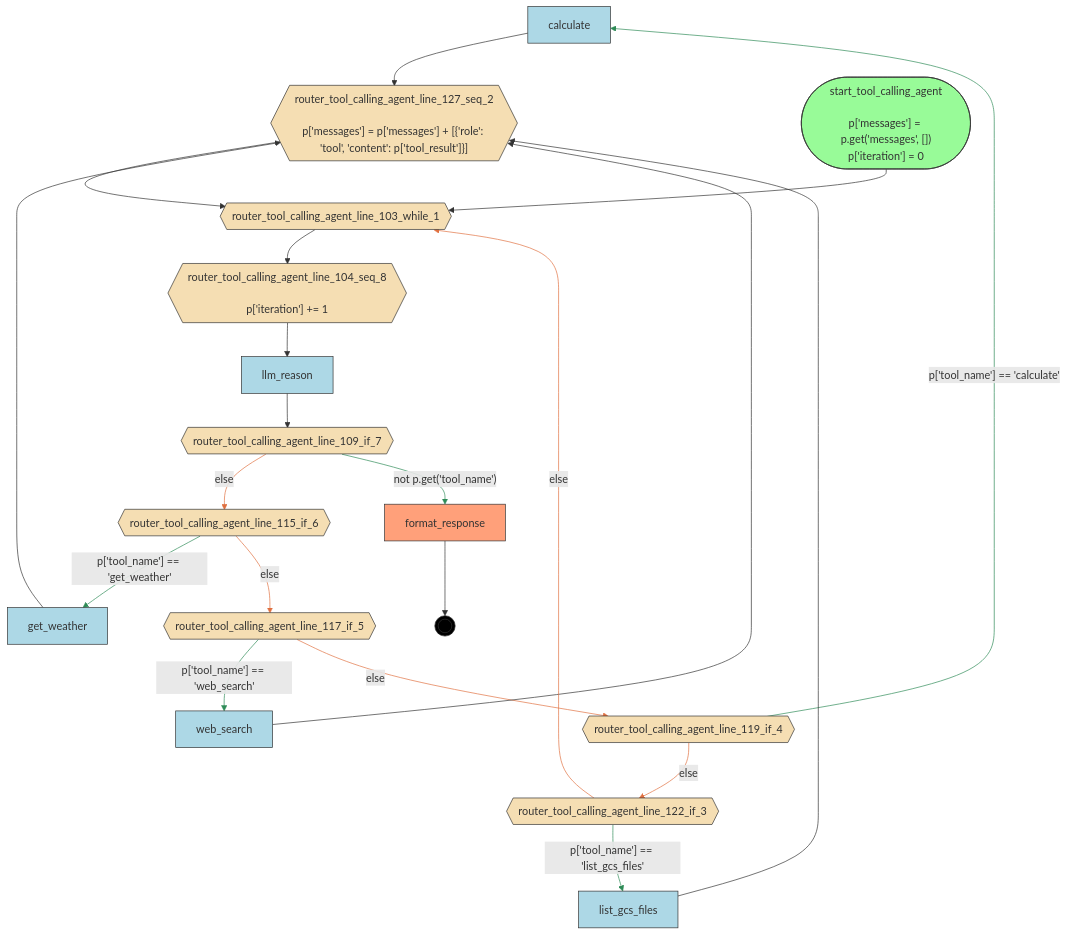
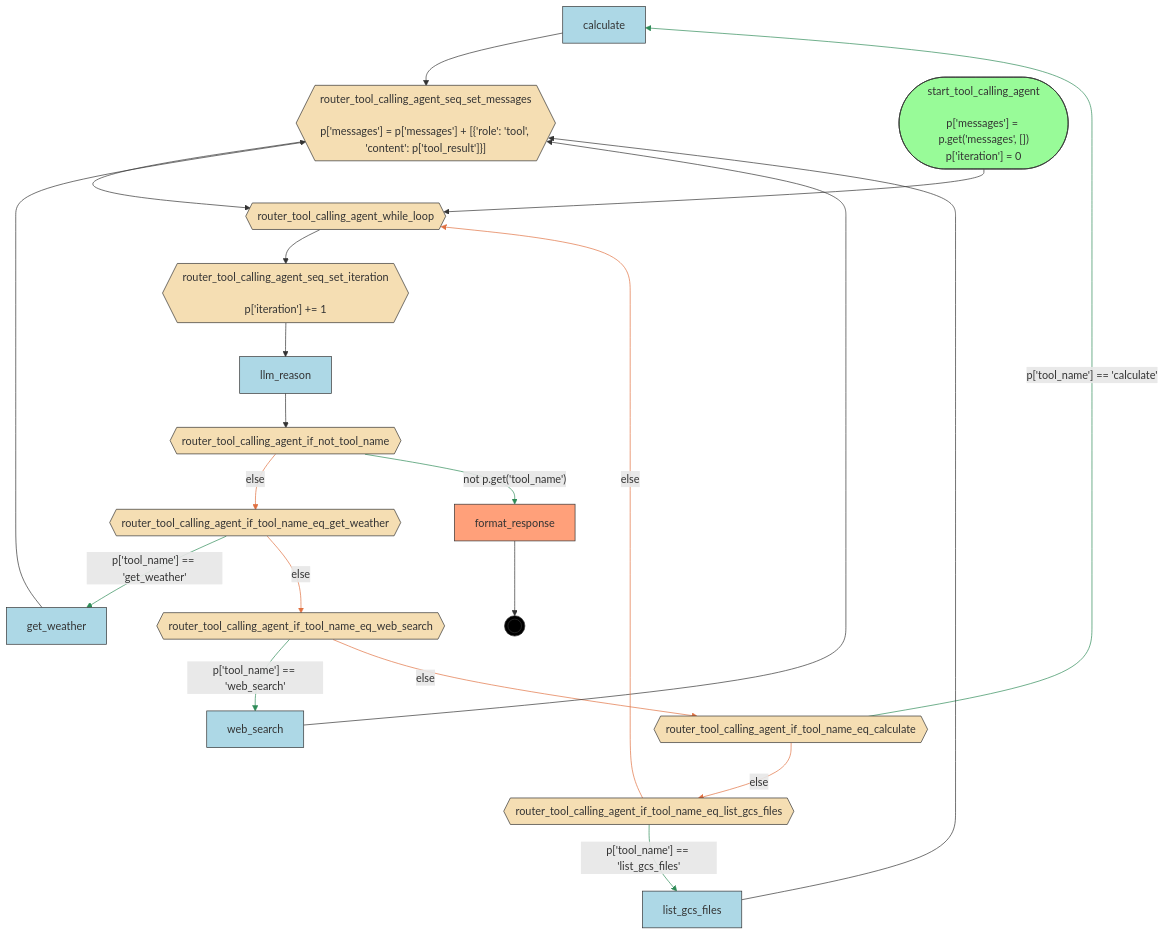
The diagram in examples/flows/agentic/compiled/tool_calling_agent/flow.mmd (deliveryhero/asya), drawn with Mermaid before and after one commit. The commit also changed 24 other files, not shown here.

```diff
--- a/examples/flows/agentic/compiled/tool_calling_agent/flow.mmd
+++ b/examples/flows/agentic/compiled/tool_calling_agent/flow.mmd
@@ -1,53 +1,53 @@
 flowchart TD
     %% Flow: tool_calling_agent
 
     calculate[calculate]
     format_response[format_response]
     get_weather[get_weather]
     list_gcs_files[list_gcs_files]
     llm_reason[llm_reason]
-    router_tool_calling_agent_line_103_while_1{{router_tool_calling_agent_line_103_while_1}}
-    router_tool_calling_agent_line_104_seq_8{{"router_tool_calling_agent_line_104_seq_8<br/><br/>p['iteration'] += 1"}}
-    router_tool_calling_agent_line_109_if_7{{router_tool_calling_agent_line_109_if_7}}
-    router_tool_calling_agent_line_115_if_6{{router_tool_calling_agent_line_115_if_6}}
-    router_tool_calling_agent_line_117_if_5{{router_tool_calling_agent_line_117_if_5}}
-    router_tool_calling_agent_line_119_if_4{{router_tool_calling_agent_line_119_if_4}}
-    router_tool_calling_agent_line_122_if_3{{router_tool_calling_agent_line_122_if_3}}
-    router_tool_calling_agent_line_127_seq_2{{"router_tool_calling_agent_line_127_seq_2<br/><br/>p['messages'] = p['messages'] + [{'role': 'tool', 'content': p['tool_result']}]"}}
+    router_tool_calling_agent_if_not_tool_name{{router_tool_calling_agent_if_not_tool_name}}
+    router_tool_calling_agent_if_tool_name_eq_calculate{{router_tool_calling_agent_if_tool_name_eq_calculate}}
+    router_tool_calling_agent_if_tool_name_eq_get_weather{{router_tool_calling_agent_if_tool_name_eq_get_weather}}
+    router_tool_calling_agent_if_tool_name_eq_list_gcs_files{{router_tool_calling_agent_if_tool_name_eq_list_gcs_files}}
+    router_tool_calling_agent_if_tool_name_eq_web_search{{router_tool_calling_agent_if_tool_name_eq_web_search}}
+    router_tool_calling_agent_seq_set_iteration{{"router_tool_calling_agent_seq_set_iteration<br/><br/>p['iteration'] += 1"}}
+    router_tool_calling_agent_seq_set_messages{{"router_tool_calling_agent_seq_set_messages<br/><br/>p['messages'] = p['messages'] + [{'role': 'tool', 'content': p['tool_result']}]"}}
+    router_tool_calling_agent_while_loop{{router_tool_calling_agent_while_loop}}
     start_tool_calling_agent(["start_tool_calling_agent<br/><br/>p['messages'] = p.get('messages', [])<br/>p['iteration'] = 0"])
     web_search[web_search]
     __end__((( )))
 
-    start_tool_calling_agent --> router_tool_calling_agent_line_103_while_1
-    router_tool_calling_agent_line_122_if_3 -->|"p['tool_name'] == 'list_gcs_files'"| list_gcs_files
-    router_tool_calling_agent_line_119_if_4 -->|"p['tool_name'] == 'calculate'"| calculate
-    router_tool_calling_agent_line_119_if_4 -->|"else"| router_tool_calling_agent_line_122_if_3
-    router_tool_calling_agent_line_117_if_5 -->|"p['tool_name'] == 'web_search'"| web_search
-    router_tool_calling_agent_line_117_if_5 -->|"else"| router_tool_calling_agent_line_119_if_4
-    router_tool_calling_agent_line_115_if_6 -->|"p['tool_name'] == 'get_weather'"| get_weather
-    get_weather --> router_tool_calling_agent_line_127_seq_2
-    router_tool_calling_agent_line_115_if_6 -->|"else"| router_tool_calling_agent_line_117_if_5
-    router_tool_calling_agent_line_109_if_7 -->|"else"| router_tool_calling_agent_line_115_if_6
-    router_tool_calling_agent_line_109_if_7 -->|"not p.get('tool_name')"| format_response
-    router_tool_calling_agent_line_104_seq_8 --> llm_reason
-    llm_reason --> router_tool_calling_agent_line_109_if_7
-    router_tool_calling_agent_line_103_while_1 --> router_tool_calling_agent_line_104_seq_8
-    web_search --> router_tool_calling_agent_line_127_seq_2
-    calculate --> router_tool_calling_agent_line_127_seq_2
-    list_gcs_files --> router_tool_calling_agent_line_127_seq_2
-    router_tool_calling_agent_line_127_seq_2 --> router_tool_calling_agent_line_103_while_1
-    router_tool_calling_agent_line_122_if_3 -->|"else"| router_tool_calling_agent_line_103_while_1
+    start_tool_calling_agent --> router_tool_calling_agent_while_loop
+    router_tool_calling_agent_if_tool_name_eq_list_gcs_files -->|"p['tool_name'] == 'list_gcs_files'"| list_gcs_files
+    router_tool_calling_agent_if_tool_name_eq_calculate -->|"p['tool_name'] == 'calculate'"| calculate
+    router_tool_calling_agent_if_tool_name_eq_calculate -->|"else"| router_tool_calling_agent_if_tool_name_eq_list_gcs_files
+    router_tool_calling_agent_if_tool_name_eq_web_search -->|"p['tool_name'] == 'web_search'"| web_search
+    router_tool_calling_agent_if_tool_name_eq_web_search -->|"else"| router_tool_calling_agent_if_tool_name_eq_calculate
+    router_tool_calling_agent_if_tool_name_eq_get_weather -->|"p['tool_name'] == 'get_weather'"| get_weather
+    get_weather --> router_tool_calling_agent_seq_set_messages
+    router_tool_calling_agent_if_tool_name_eq_get_weather -->|"else"| router_tool_calling_agent_if_tool_name_eq_web_search
+    router_tool_calling_agent_if_not_tool_name -->|"else"| router_tool_calling_agent_if_tool_name_eq_get_weather
+    router_tool_calling_agent_if_not_tool_name -->|"not p.get('tool_name')"| format_response
+    router_tool_calling_agent_seq_set_iteration --> llm_reason
+    llm_reason --> router_tool_calling_agent_if_not_tool_name
+    router_tool_calling_agent_while_loop --> router_tool_calling_agent_seq_set_iteration
+    web_search --> router_tool_calling_agent_seq_set_messages
+    calculate --> router_tool_calling_agent_seq_set_messages
+    list_gcs_files --> router_tool_calling_agent_seq_set_messages
+    router_tool_calling_agent_seq_set_messages --> router_tool_calling_agent_while_loop
+    router_tool_calling_agent_if_tool_name_eq_list_gcs_files -->|"else"| router_tool_calling_agent_while_loop
     format_response --> __end__
 
     classDef start fill:#98FB98,stroke:#333
     classDef endnode fill:#FFA07A,stroke:#333
     classDef router fill:#F5DEB3,stroke:#333
     classDef handler fill:#ADD8E6,stroke:#333
     classDef endpoint fill:#000,stroke:#333,color:#fff
     class start_tool_calling_agent start
     class format_response endnode
-    class router_tool_calling_agent_line_103_while_1,router_tool_calling_agent_line_104_seq_8,router_tool_calling_agent_line_109_if_7,router_tool_calling_agent_line_115_if_6,router_tool_calling_agent_line_117_if_5,router_tool_calling_agent_line_119_if_4,router_tool_calling_agent_line_122_if_3,router_tool_calling_agent_line_127_seq_2 router
+    class router_tool_calling_agent_if_not_tool_name,router_tool_calling_agent_if_tool_name_eq_calculate,router_tool_calling_agent_if_tool_name_eq_get_weather,router_tool_calling_agent_if_tool_name_eq_list_gcs_files,router_tool_calling_agent_if_tool_name_eq_web_search,router_tool_calling_agent_seq_set_iteration,router_tool_calling_agent_seq_set_messages,router_tool_calling_agent_while_loop router
     class calculate,get_weather,list_gcs_files,llm_reason,web_search handler
     class __end__ endpoint
     linkStyle 1,2,4,6,10 stroke:#2E8B57
     linkStyle 3,5,8,9,18 stroke:#E07040
```
